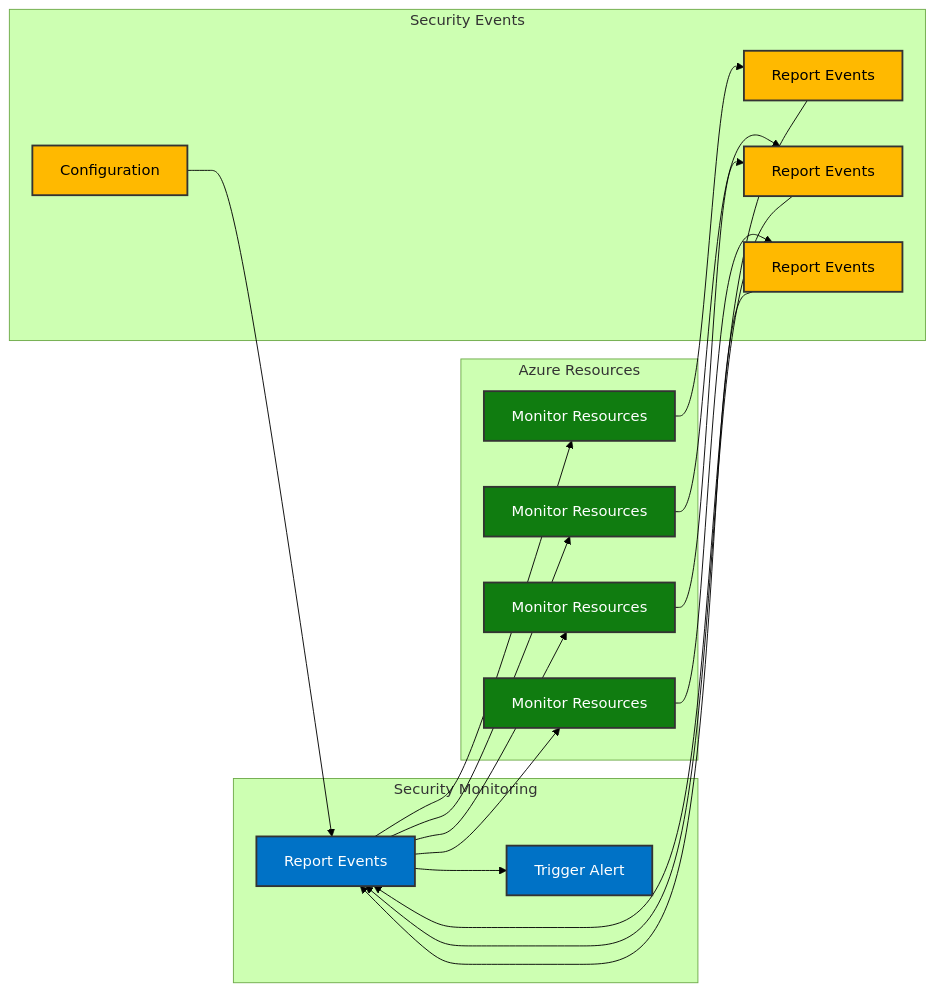
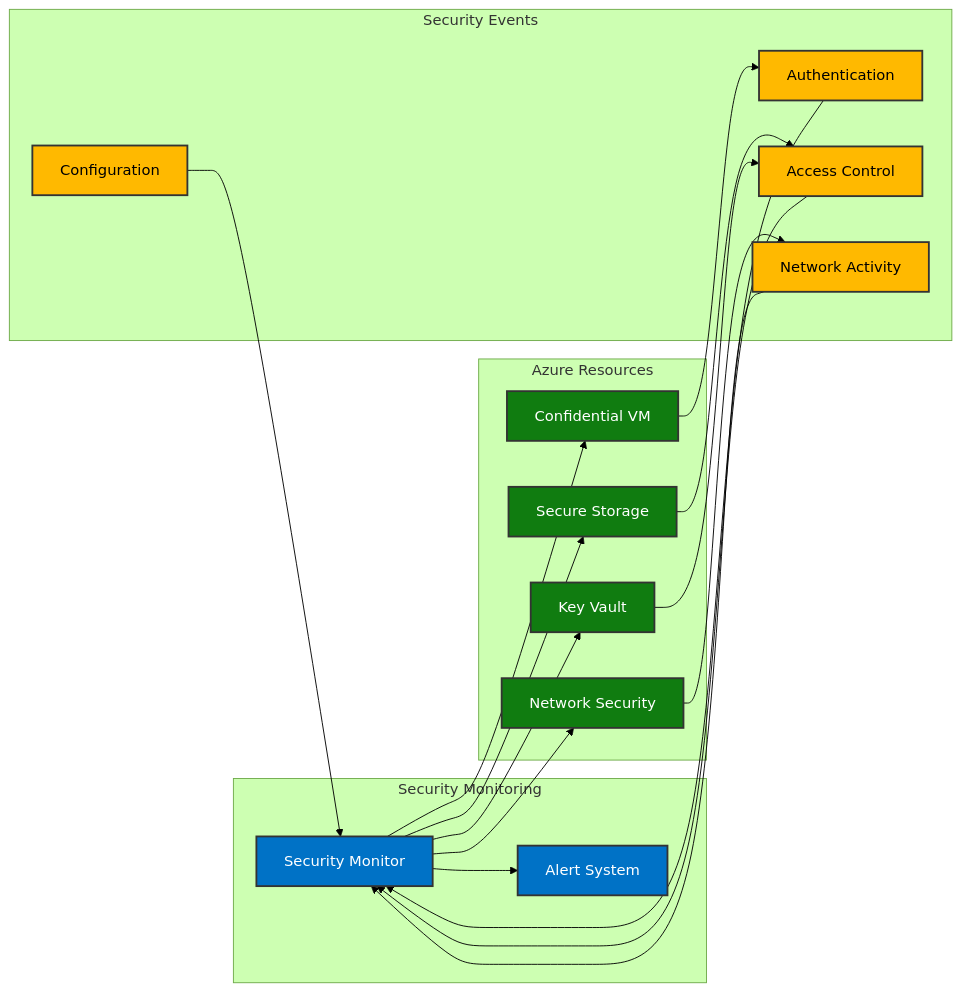
One commit to gitmujoshi/confidentialcomputingplatform changed the diagram in docs/Implementation_Design.md. Above: the diagram before and after it, drawn with Mermaid (forest theme). The commit also changed 1 other file, not shown here.

Commit message:
updated diagrams

````diff
--- a/docs/Implementation_Design.md
+++ b/docs/Implementation_Design.md
@@ -247,46 +247,46 @@
 ```mermaid
-flowchart LR
+graph LR
     subgraph SecurityMonitoring["Security Monitoring"]
         Monitor[Security Monitor]
         Alert[Alert System]
     end
 
     subgraph AzureResources["Azure Resources"]
         VM[Confidential VM]
         Storage[Secure Storage]
         KV[Key Vault]
         NSG[Network Security]
     end
 
     subgraph SecurityEvents["Security Events"]
         Auth[Authentication]
         Access[Access Control]
         Network[Network Activity]
         Config[Configuration]
     end
 
-    Monitor --> VM["Monitor Resources"]
-    Monitor --> Storage["Monitor Resources"]
-    Monitor --> KV["Monitor Resources"]
-    Monitor --> NSG["Monitor Resources"]
+    Monitor --> VM
+    Monitor --> Storage
+    Monitor --> KV
+    Monitor --> NSG
 
-    VM --> Auth["Report Events"]
-    Storage --> Access["Report Events"]
-    KV --> Access["Report Events"]
-    NSG --> Network["Report Events"]
+    VM --> Auth
+    Storage --> Access
+    KV --> Access
+    NSG --> Network
 
-    Auth --> Monitor["Report Events"]
-    Access --> Monitor["Report Events"]
-    Network --> Monitor["Report Events"]
-    Config --> Monitor["Report Events"]
+    Auth --> Monitor
+    Access --> Monitor
+    Network --> Monitor
+    Config --> Monitor
 
-    Monitor --> Alert["Trigger Alert"]
+    Monitor --> Alert
 
     classDef monitor fill:#0072C6,stroke:#333,stroke-width:2px,color:white
     classDef resource fill:#107C10,stroke:#333,stroke-width:2px,color:white
     classDef event fill:#FFB900,stroke:#333,stroke-width:2px,color:black
 
     class Monitor,Alert monitor
     class VM,Storage,KV,NSG resource
     class Auth,Access,Network,Config event
 ```
````
